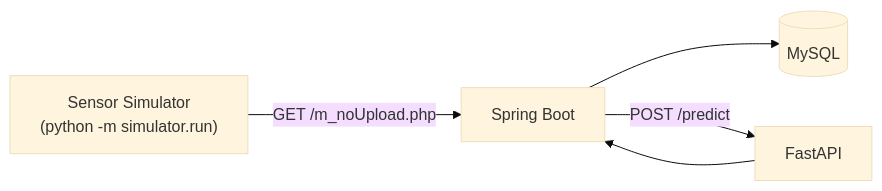
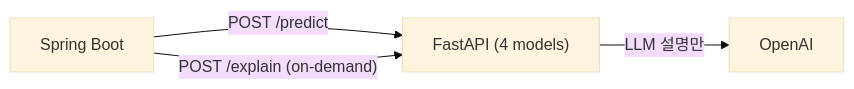
Before and after one commit to soyoung-v/firesafety-ai: the diagram in README.md, drawn with Mermaid (base theme). The commit also changed other lines of this file, not shown here.

````diff
--- a/README.md
+++ b/README.md
@@ -236,7 +17,6 @@
 ```mermaid
 flowchart LR
-    S["Sensor Simulator\n(python -m simulator.run)"] -->|GET /m_noUpload.php| BE[Spring Boot]
-    BE --> DB[(MySQL)]
-    BE -->|POST /predict| AI[FastAPI]
-    AI --> BE
+    SB["Spring Boot"] -->|"POST /predict"| AI["FastAPI (4 models)"]
+    SB -->|"POST /explain (on-demand)"| AI
+    AI -->|"LLM 설명만"| OpenAI
 ```
````
